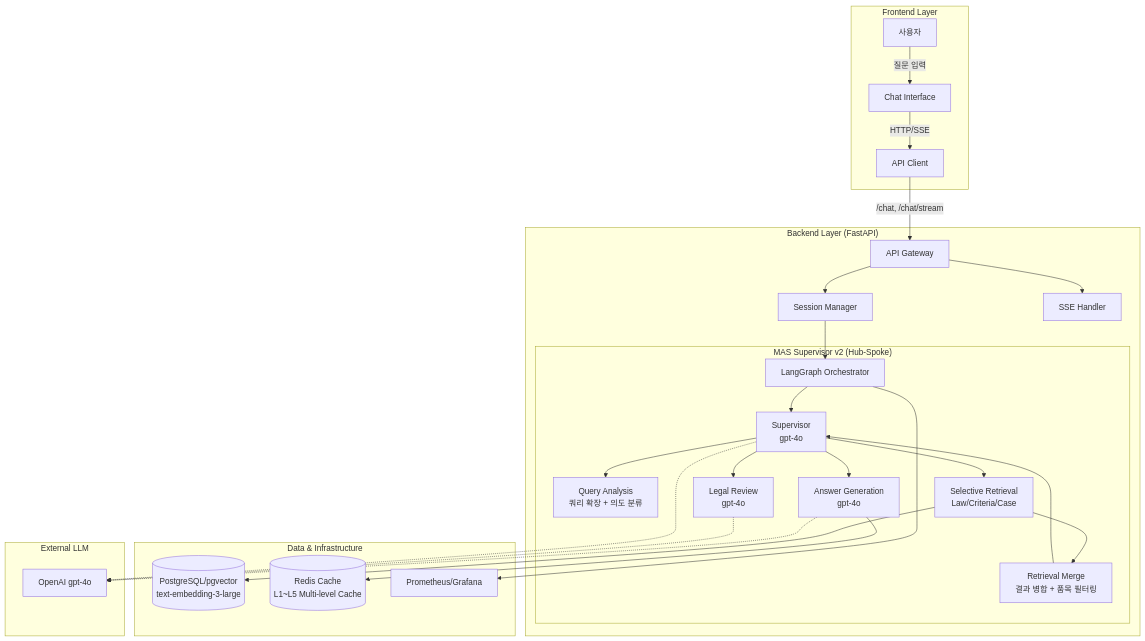
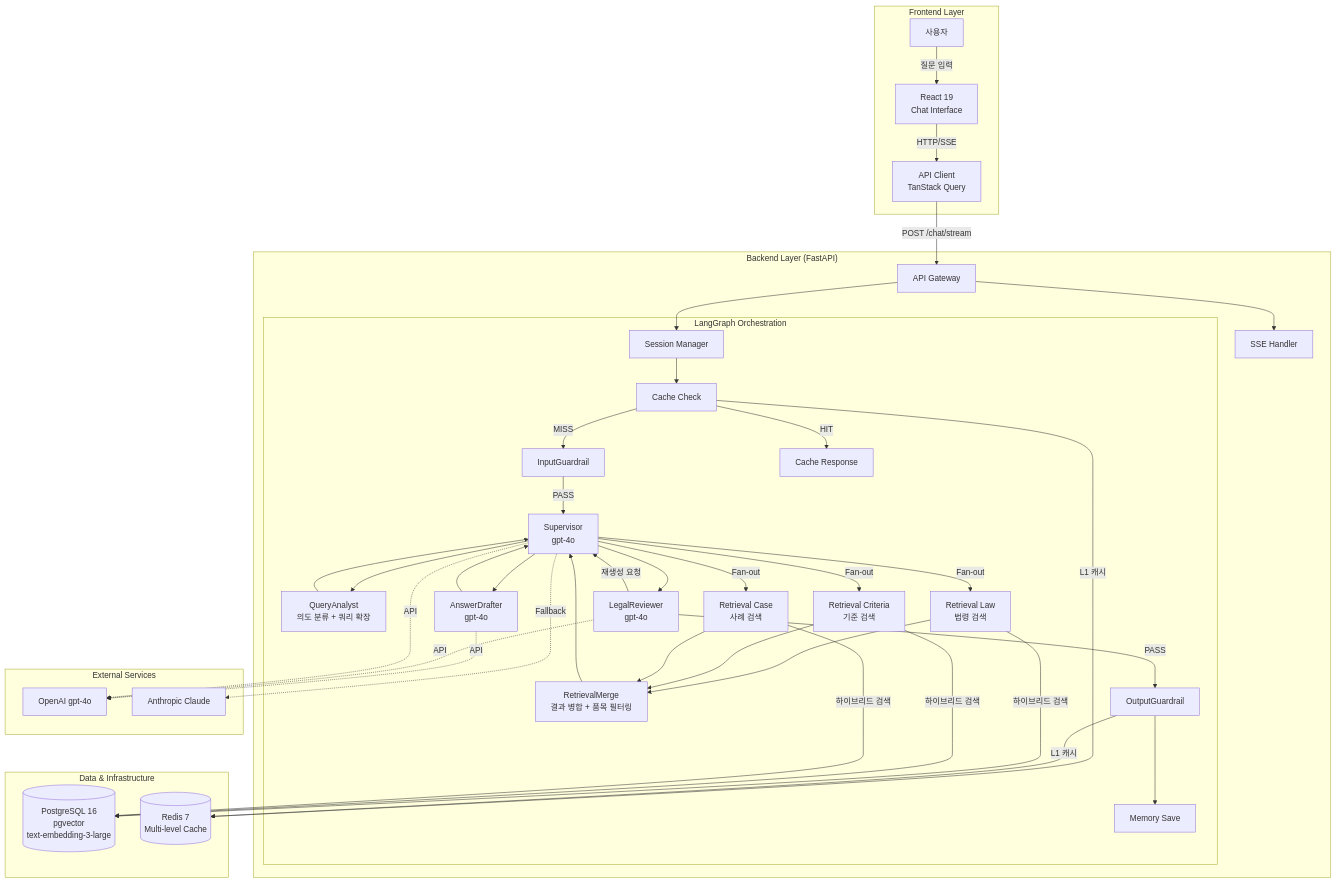
The third of 3 diagrams in README.md (Maroco0109/Ddoksori), drawn with Mermaid before and after one commit. The commit also changed other lines of this file and 9 other files, not shown here.

````diff
--- a/README.md
+++ b/README.md
@@ -129,36 +370,52 @@
 ```mermaid
 graph TB
     subgraph "Frontend Layer"
-        A[사용자] -->|질문 입력| B[Chat Interface]
-        B -->|HTTP/SSE| C[API Client]
+        U[사용자] -->|질문 입력| FE[React 19<br/>Chat Interface]
+        FE -->|HTTP/SSE| AC[API Client<br/>TanStack Query]
     end
 
     subgraph "Backend Layer (FastAPI)"
-        C -->|/chat, /chat/stream| D[API Gateway]
-        D --> E[Session Manager]
-        D --> F[SSE Handler]
-        E --> G[LangGraph Orchestrator]
+        AC -->|POST /chat/stream| GW[API Gateway]
+        GW --> SM[Session Manager]
+        GW --> SSE[SSE Handler]
 
-        subgraph "MAS Supervisor v2 (Hub-Spoke)"
-            G --> SUP[Supervisor<br/>gpt-4o]
-            SUP --> H[Query Analysis<br/>쿼리 확장 + 의도 분류]
-            SUP --> I[Selective Retrieval<br/>Law/Criteria/Case]
-            I --> RM[Retrieval Merge<br/>결과 병합 + 품목 필터링]
+        subgraph "LangGraph Orchestration"
+            SM --> CC[Cache Check]
+            CC -->|MISS| IG[InputGuardrail]
+            CC -->|HIT| CR[Cache Response]
+
+            IG -->|PASS| SUP[Supervisor<br/>gpt-4o]
+
+            SUP --> QA[QueryAnalyst<br/>의도 분류 + 쿼리 확장]
+            QA --> SUP
+
+            SUP -->|Fan-out| RL[Retrieval Law<br/>법령 검색]
+            SUP -->|Fan-out| RC[Retrieval Criteria<br/>기준 검색]
+            SUP -->|Fan-out| RCS[Retrieval Case<br/>사례 검색]
+
+            RL --> RM[RetrievalMerge<br/>결과 병합 + 품목 필터링]
+            RC --> RM
+            RCS --> RM
             RM --> SUP
-            SUP --> J[Answer Generation<br/>gpt-4o]
-            SUP --> K[Legal Review<br/>gpt-4o]
+
+            SUP --> AD[AnswerDrafter<br/>gpt-4o]
+            AD --> SUP
+
+            SUP --> LR[LegalReviewer<br/>gpt-4o]
+            LR -->|재생성 요청| SUP
+            LR -->|PASS| OG[OutputGuardrail]
+
+            OG --> MS[Memory Save]
         end
     end
 
     subgraph "Data & Infrastructure"
-        I --> L[(PostgreSQL/pgvector<br/>text-embedding-3-large)]
-        J --> M[(Redis Cache<br/>L1~L5 Multi-level Cache)]
-        G --> O[Prometheus/Grafana]
+        RL & RC & RCS -->|하이브리드 검색| DB[(PostgreSQL 16<br/>pgvector<br/>text-embedding-3-large)]
+        CC & OG -->|L1 캐시| RD[(Redis 7<br/>Multi-level Cache)]
     end
 
-    subgraph "External LLM"
-        J -.-> P[OpenAI gpt-4o]
-        K -.-> P
-        SUP -.-> P
+    subgraph "External Services"
+        AD & LR & SUP -.->|API| OAI[OpenAI gpt-4o]
+        SUP -.->|Fallback| ANT[Anthropic Claude]
     end
 ```
````
